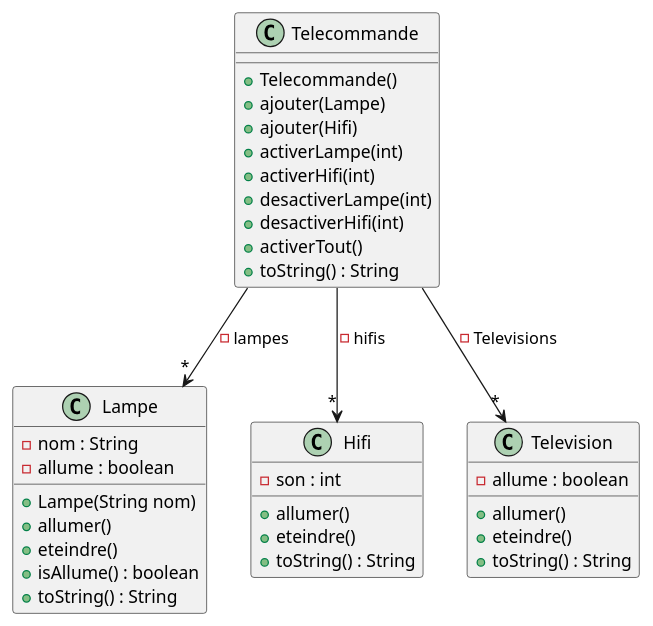
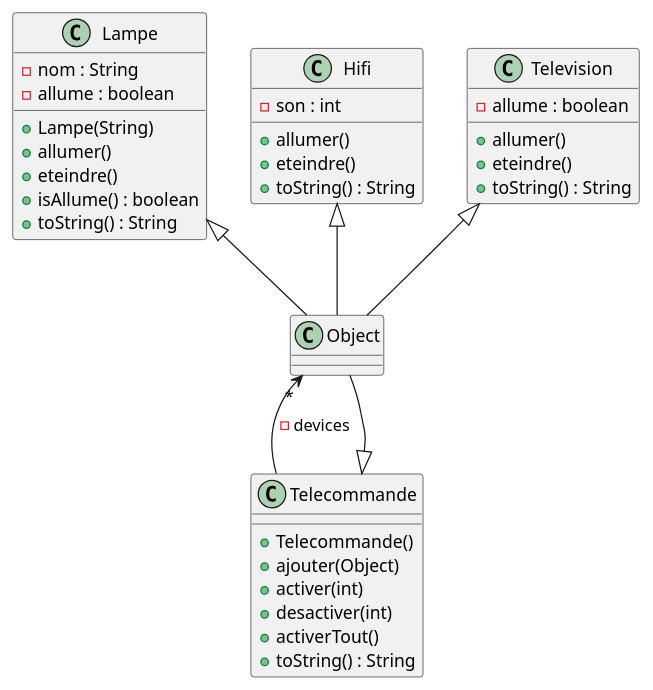
One commit to Hugo-COLLIN/BUT_S2_COO_domotique changed the diagram in TD7/ressource/diagramClasse.puml. Above: the diagram before and after it, drawn with PlantUML.

Commit message:
Modification du plantuml

```diff
--- a/TD7/ressource/diagramClasse.puml
+++ b/TD7/ressource/diagramClasse.puml
@@ -1,42 +1,43 @@
 @startuml
 
 class Lampe {
     - nom : String
     - allume : boolean
-    + Lampe(String nom)
+    + Lampe(String)
     + allumer()
     + eteindre()
     + isAllume() : boolean
     + toString() : String
 }
 
 class Hifi {
     - son : int
     + allumer()
     + eteindre()
     + toString() : String
 }
 
 class Telecommande {
     + Telecommande()
-    + ajouter(Lampe)
-    + ajouter(Hifi)
-    + activerLampe(int)
-    + activerHifi(int)
-    + desactiverLampe(int)
-    + desactiverHifi(int)
+    + ajouter(Object)
+    + activer(int)
+    + desactiver(int)
     + activerTout()
     + toString() : String
 }
 
 class Television {
     - allume : boolean
     + allumer()
     + eteindre()
     + toString() : String
 }
 
-Telecommande -down-> "*" Lampe : - lampes
-Telecommande -down-> "*" Hifi : - hifis
-Telecommande -down-> "*" Television : - Televisions
+class Object{
+}
+Lampe <|-- Object
+Hifi <|-- Object
+Television <|-- Object
+Telecommande <|-- Object 
+Object "*" <-- Telecommande : -devices
 @enduml
```
